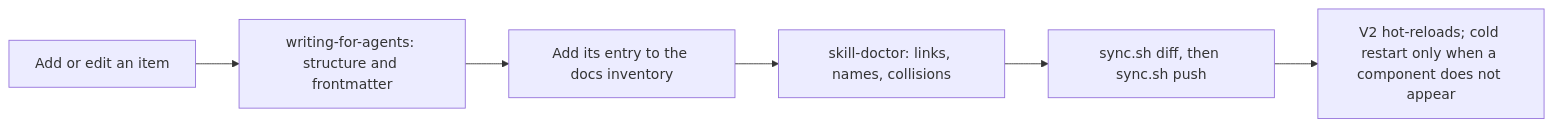
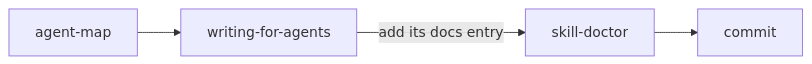
One commit to FAZuH/agent changed diagram 13 of 14 in docs/skill-guide.md. Above: the diagram before and after it, drawn with Mermaid. The commit also changed other lines of this file, not shown here.

First line of the commit message:
docs: make the workflow diagrams skill-only [no ci]

````diff
--- a/docs/skill-guide.md
+++ b/docs/skill-guide.md
@@ -321,8 +304,6 @@
 ```mermaid
 flowchart LR
-  A[Add or edit an item] --> W[writing-for-agents: structure and frontmatter]
-  W --> D[Add its entry to the docs inventory]
-  D --> S[skill-doctor: links, names, collisions]
-  S --> P[sync.sh diff, then sync.sh push]
-  P --> L[V2 hot-reloads; cold restart only when a component does not appear]
+  M[agent-map] --> W[writing-for-agents]
+  W -->|add its docs entry| S[skill-doctor]
+  S --> C[commit]
 ```
````
